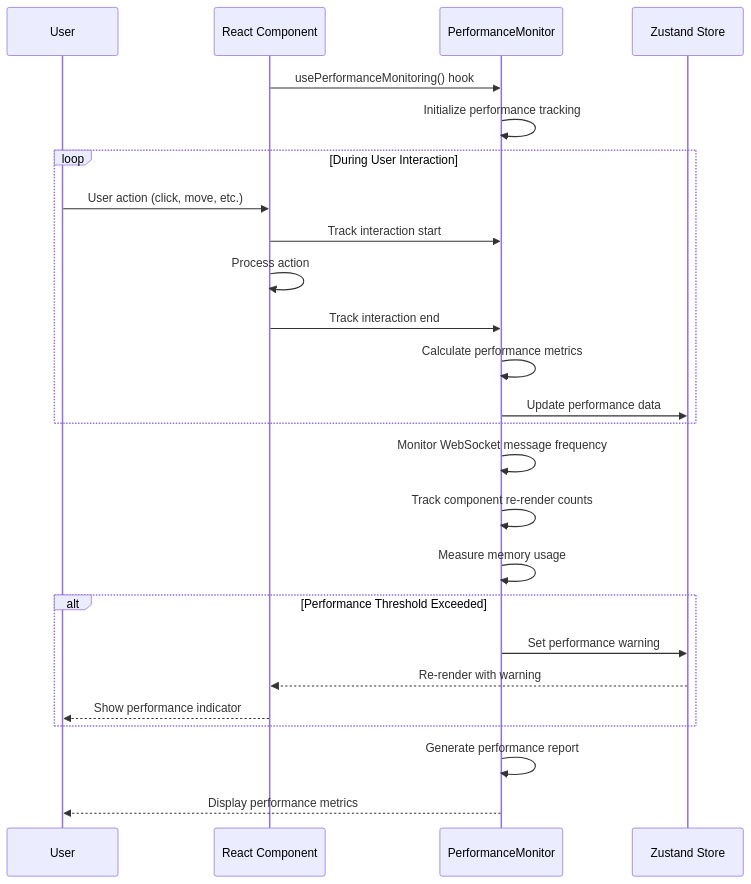
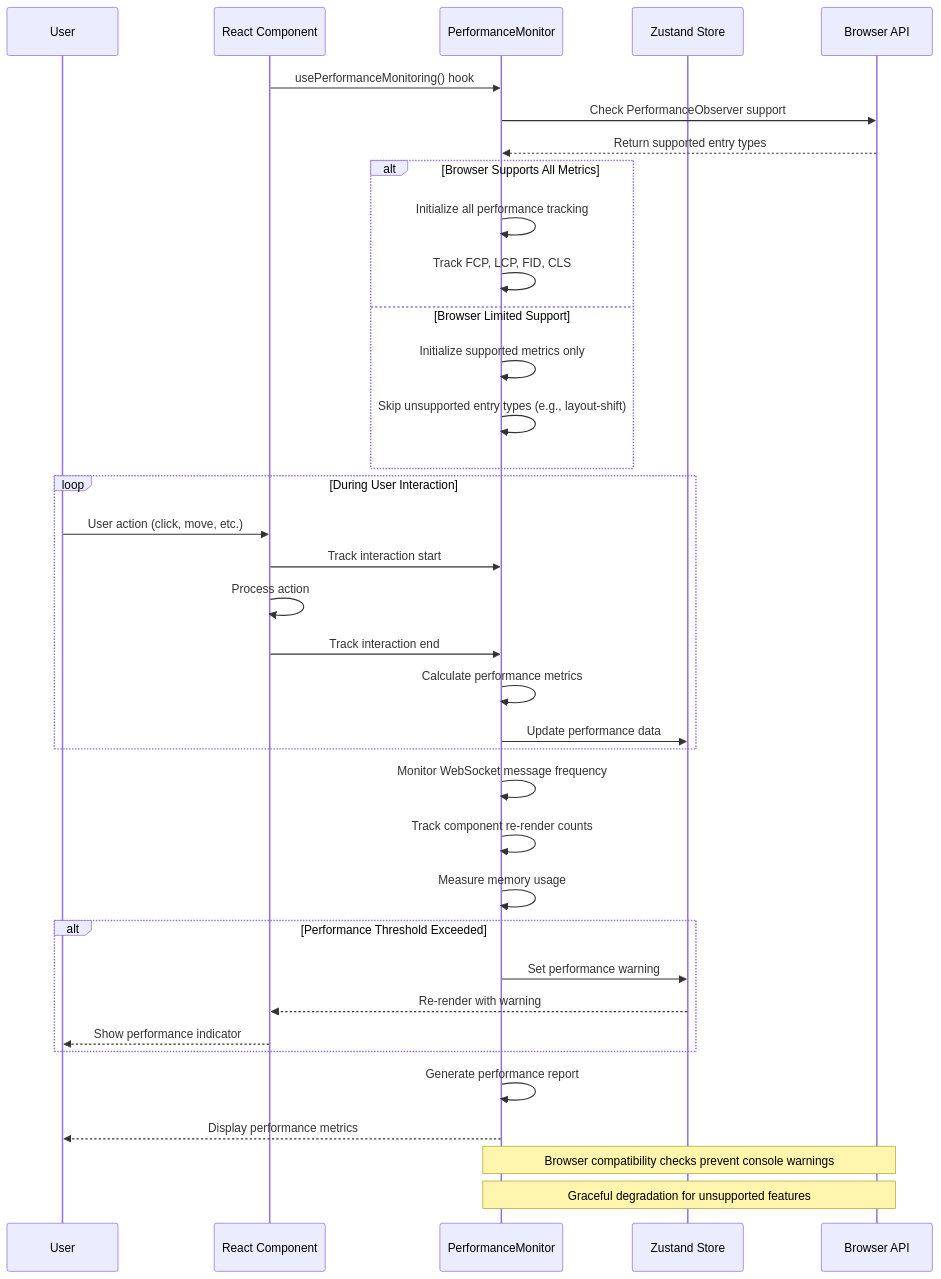
Diagram 12 of 12 in docs/CURSOR_UI_SEQUENCE.md (premkumardevadason/chess), drawn with Mermaid before and after one commit. The commit also changed other lines of this file, not shown here.

Commit message:
Update CURSOR_UI_SEQUENCE.md: Add stateless frontend architecture, invalid move handling, performance monitoring browser compatibility, and console logging removal documentation

````diff
--- a/docs/CURSOR_UI_SEQUENCE.md
+++ b/docs/CURSOR_UI_SEQUENCE.md
@@ -369,32 +457,45 @@
 ```mermaid
 sequenceDiagram
     participant User
     participant Component as React Component
     participant Monitor as PerformanceMonitor
     participant Store as Zustand Store
+    participant Browser as Browser API
 
     Component->>Monitor: usePerformanceMonitoring() hook
-    Monitor->>Monitor: Initialize performance tracking
+    Monitor->>Browser: Check PerformanceObserver support
+    Browser-->>Monitor: Return supported entry types
+    
+    alt Browser Supports All Metrics
+        Monitor->>Monitor: Initialize all performance tracking
+        Monitor->>Monitor: Track FCP, LCP, FID, CLS
+    else Browser Limited Support
+        Monitor->>Monitor: Initialize supported metrics only
+        Monitor->>Monitor: Skip unsupported entry types (e.g., layout-shift)
+    end
     
     loop During User Interaction
         User->>Component: User action (click, move, etc.)
         Component->>Monitor: Track interaction start
         Component->>Component: Process action
         Component->>Monitor: Track interaction end
         Monitor->>Monitor: Calculate performance metrics
         Monitor->>Store: Update performance data
     end
     
     Monitor->>Monitor: Monitor WebSocket message frequency
     Monitor->>Monitor: Track component re-render counts
     Monitor->>Monitor: Measure memory usage
     
     alt Performance Threshold Exceeded
         Monitor->>Store: Set performance warning
         Store-->>Component: Re-render with warning
         Component-->>User: Show performance indicator
     end
     
     Monitor->>Monitor: Generate performance report
     Monitor-->>User: Display performance metrics
+    
+    Note over Monitor,Browser: Browser compatibility checks prevent console warnings
+    Note over Monitor,Browser: Graceful degradation for unsupported features
 ```
````
